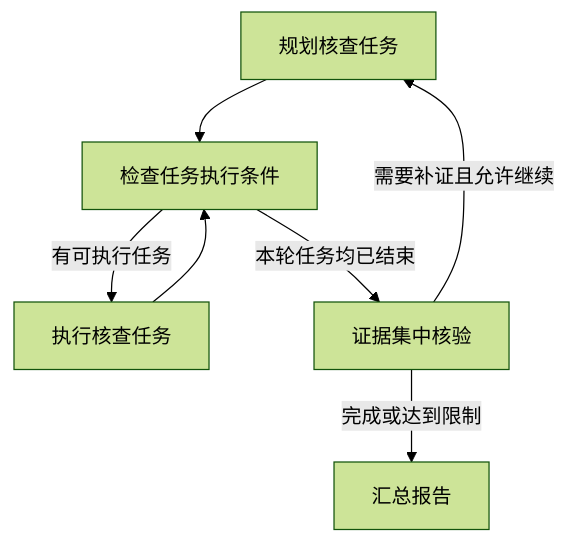
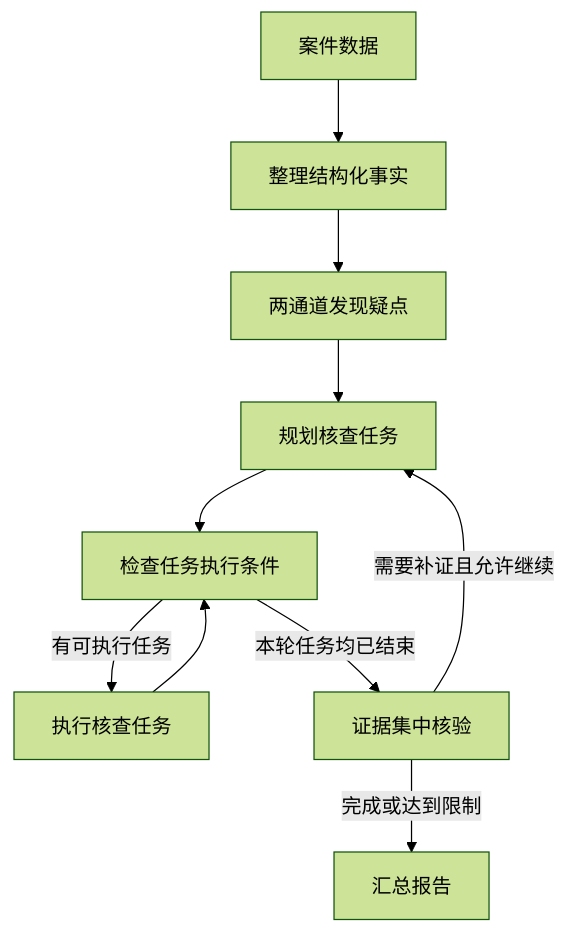
The diagram in 学习记录/案件研判/任务编排.md (WBX1009/resume-phrasing), drawn with Mermaid (forest theme) before and after one commit. The commit also changed other lines of this file, not shown here.

Commit message:
docs: clarify case workflow, graph construction and task inputs

````diff
--- a/学习记录/案件研判/任务编排.md
+++ b/学习记录/案件研判/任务编排.md
@@ -63,9 +63,12 @@
 ```mermaid
 flowchart TD
-    P["规划核查任务"] --> D["检查任务执行条件"]
+    A["案件数据"] --> F["整理结构化事实"]
+    F --> C["两通道发现疑点"]
+    C --> P["规划核查任务"]
+    P --> D["检查任务执行条件"]
     D -->|"有可执行任务"| W["执行核查任务"]
     W --> D
     D -->|"本轮任务均已结束"| V["证据集中核验"]
     V -->|"需要补证且允许继续"| P
     V -->|"完成或达到限制"| R["汇总报告"]
 ```
````
